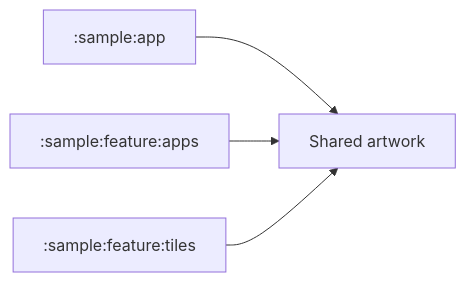
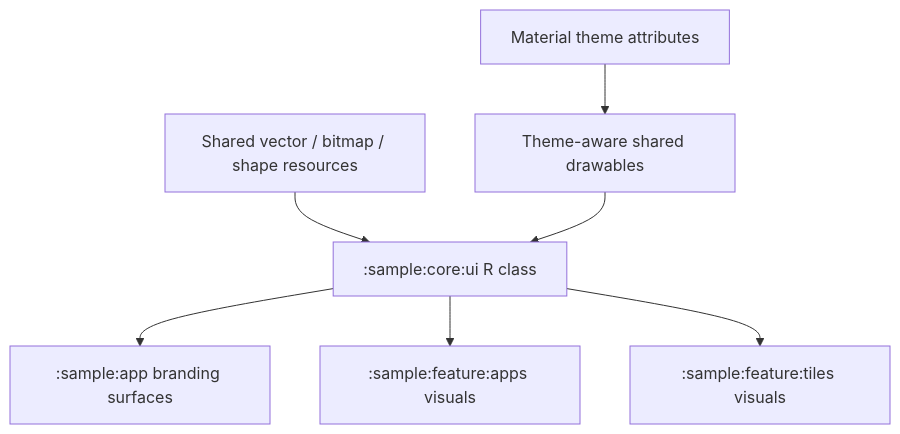
One commit to MihaiCristianCondrea/App-Toolkit-for-Android changed the diagram in sample/core/ui/README.md. Above: the diagram before and after it, drawn with Mermaid. The commit also changed other lines of this file and 57 other files, not shown here.

````diff
--- a/sample/core/ui/README.md
+++ b/sample/core/ui/README.md
@@ -34,6 +34,9 @@
 ```mermaid
-flowchart LR
-    App[":sample:app"] --> Artwork[Shared artwork]
-    Apps[":sample:feature:apps"] --> Artwork[Shared artwork]
-    Tiles[":sample:feature:tiles"] --> Artwork
+flowchart TD
+    Sources[Shared vector / bitmap / shape resources] --> Resource[":sample:core:ui R class"]
+    Resource --> App[":sample:app branding surfaces"]
+    Resource --> Apps[":sample:feature:apps visuals"]
+    Resource --> Tiles[":sample:feature:tiles visuals"]
+    ThemeAttrs[Material theme attributes] --> Shapes[Theme-aware shared drawables]
+    Shapes --> Resource
 ```
````
